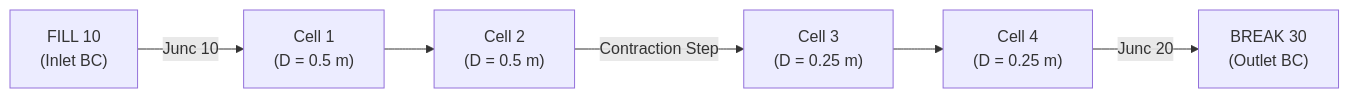
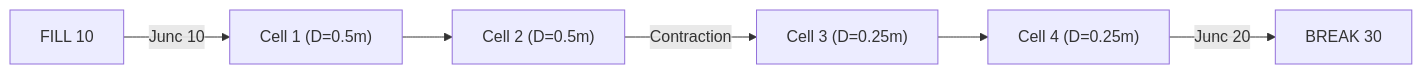
One commit to NRC-Research/trace-pipe-force-tool changed the third of 4 diagrams in test-validation/validation_results_report.md. Above: the diagram before and after it, drawn with Mermaid. The commit also changed other lines of this file, not shown here.

Commit message:
Clean validation report to use simplified Mermaid diagrams only

````diff
--- a/test-validation/validation_results_report.md
+++ b/test-validation/validation_results_report.md
@@ -89,6 +97,8 @@
   ```mermaid
   graph LR
-      F["FILL 10<br>(Inlet BC)"] -->|Junc 10| C1["Cell 1<br>(D = 0.5 m)"] --> C2["Cell 2<br>(D = 0.5 m)"]
-      C2 -->|Contraction Step| C3["Cell 3<br>(D = 0.25 m)"] --> C4["Cell 4<br>(D = 0.25 m)"]
-      C4 -->|Junc 20| B["BREAK 30<br>(Outlet BC)"]
+      F[FILL 10] -->|Junc 10| C1["Cell 1 (D=0.5m)"]
+      C1 --> C2["Cell 2 (D=0.5m)"]
+      C2 -->|Contraction| C3["Cell 3 (D=0.25m)"]
+      C3 --> C4["Cell 4 (D=0.25m)"]
+      C4 -->|Junc 20| B[BREAK 30]
   ```
````
